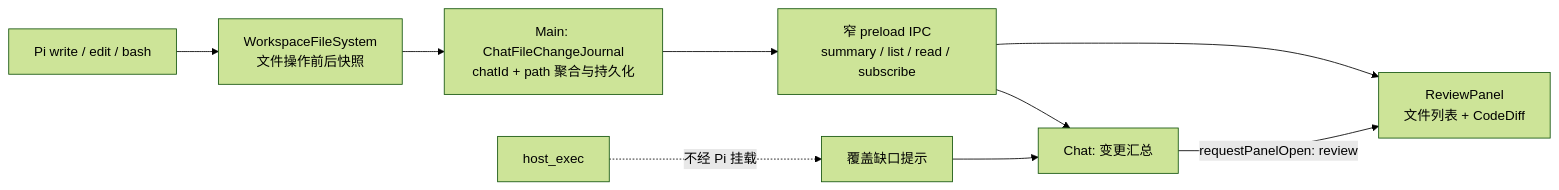
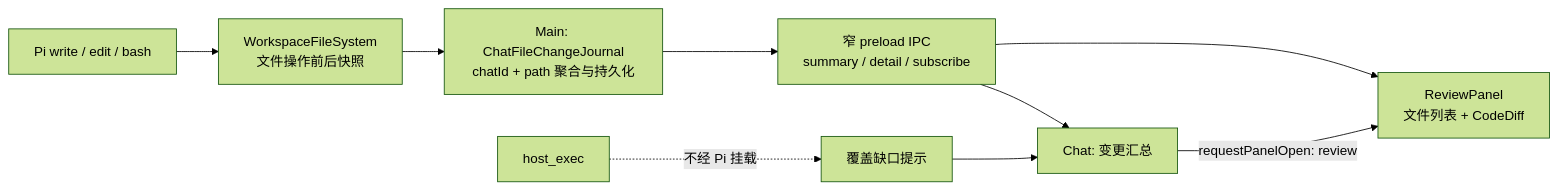
The diagram in docs/chat-file-diff-review.md (sailornpg/sailor), drawn with Mermaid (forest theme) before and after one commit. The commit also changed other lines of this file and 45 other files, not shown here.

````diff
--- a/docs/chat-file-diff-review.md
+++ b/docs/chat-file-diff-review.md
@@ -44,11 +46,11 @@
 ```mermaid
 flowchart LR
   PI[Pi write / edit / bash] --> FS[WorkspaceFileSystem\n文件操作前后快照]
   FS --> JOURNAL[Main: ChatFileChangeJournal\nchatId + path 聚合与持久化]
-  JOURNAL --> IPC[窄 preload IPC\nsummary / list / read / subscribe]
+  JOURNAL --> IPC[窄 preload IPC\nsummary / detail / subscribe]
   IPC --> BADGE[Chat: 变更汇总]
   IPC --> REVIEW[ReviewPanel\n文件列表 + CodeDiff]
   BADGE -->|requestPanelOpen: review| REVIEW
   HOST[host_exec] -. 不经 Pi 挂载 .-> GAP[覆盖缺口提示]
   GAP --> BADGE
 ```
````
